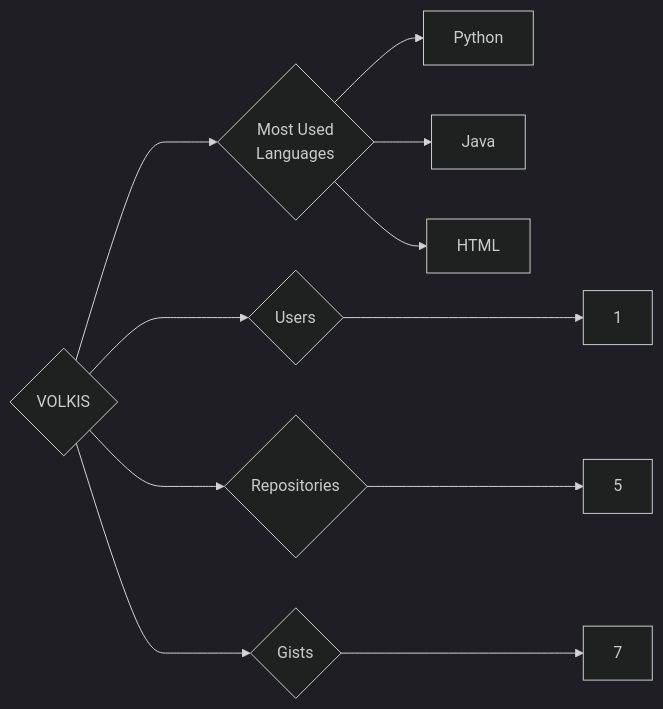
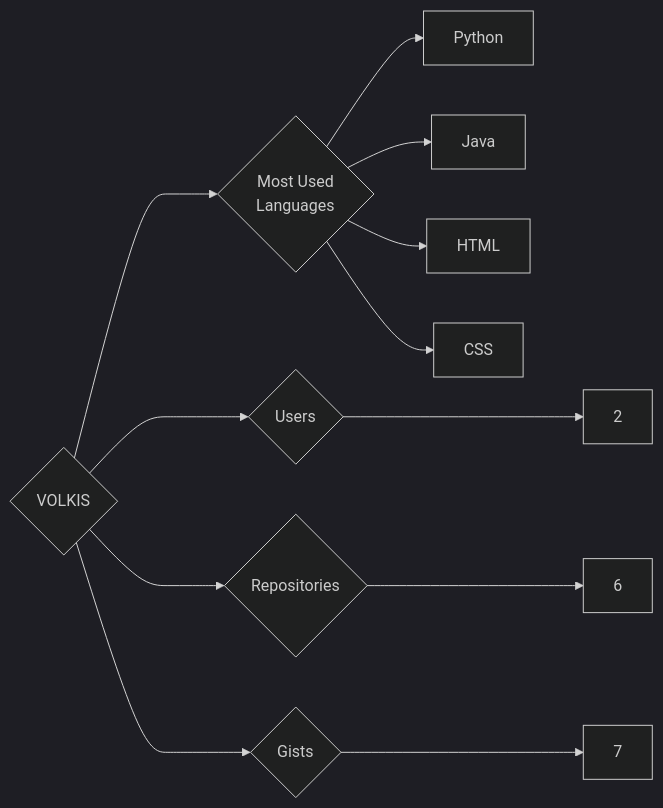
The diagram in targets/VOLKIS/README.md (trickest/insiders), drawn with Mermaid (dark theme) before and after one commit. The commit also changed 1484 other files, not shown here.

````diff
--- a/targets/VOLKIS/README.md
+++ b/targets/VOLKIS/README.md
@@ -3,11 +3,12 @@
 ```mermaid
 graph LR
 COMPANY_NAME{VOLKIS}
-COMPANY_NAME ---> U{Users} ---> UN[1]
-COMPANY_NAME ---> R{Repositories} ---> RN[5]
+COMPANY_NAME ---> U{Users} ---> UN[2]
+COMPANY_NAME ---> R{Repositories} ---> RN[6]
 COMPANY_NAME ---> G{Gists} ---> GN[7]
 COMPANY_NAME ---> ML{Most Used<br>Languages}
 ML --> Python[Python]
 ML --> Java[Java]
 ML --> HTML[HTML]
+ML --> CSS[CSS]
 ```
````
